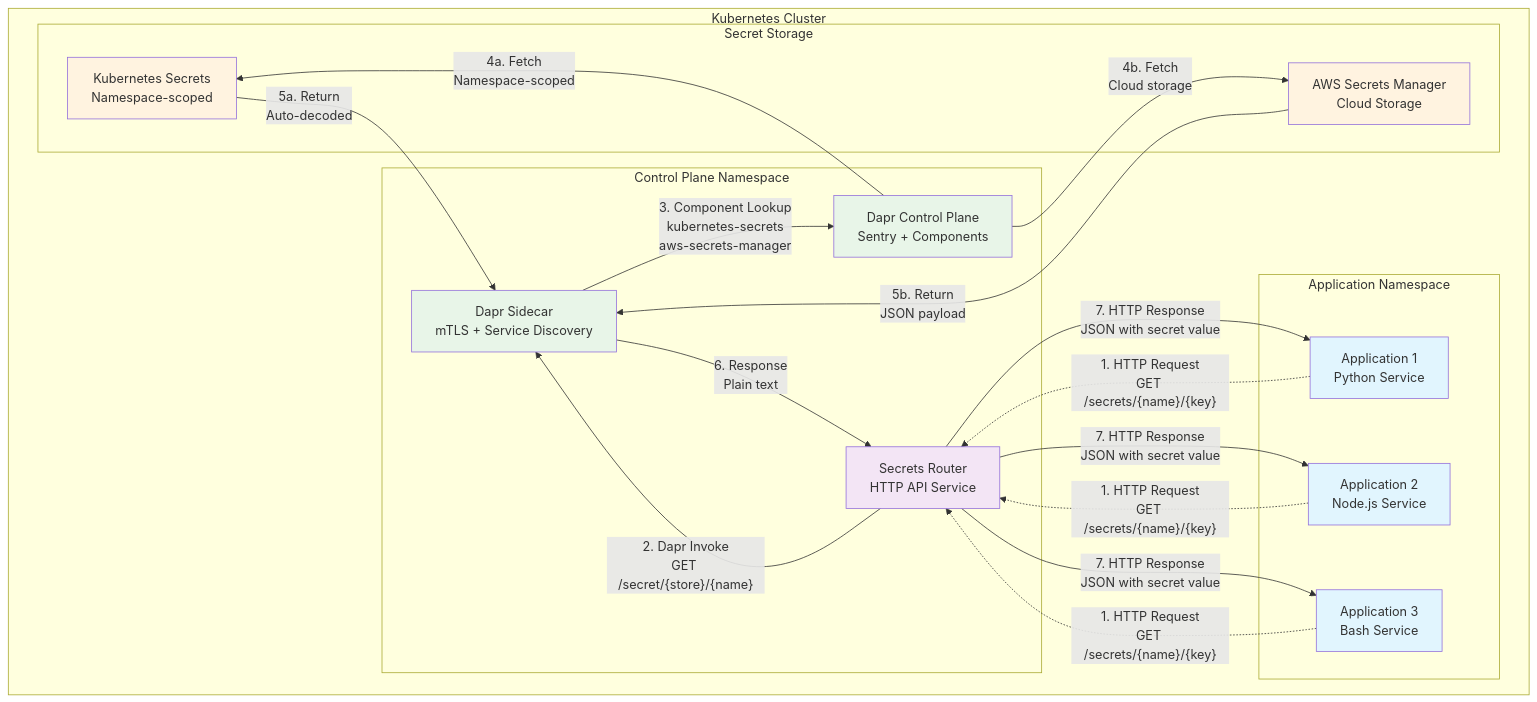
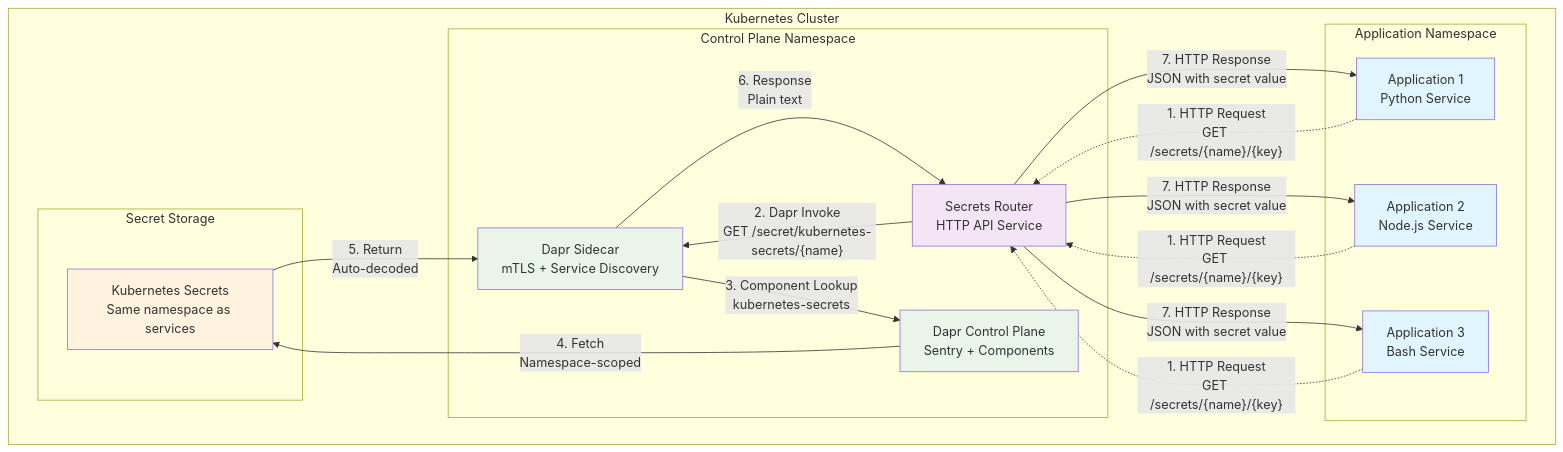
One commit to caretak3r/secrets-router changed the diagram in README.md. Above: the diagram before and after it, drawn with Mermaid. The commit also changed other lines of this file and 3 other files, not shown here.

````diff
--- a/README.md
+++ b/README.md
@@ -9,49 +9,46 @@
 ```mermaid
 graph TB
     subgraph "Kubernetes Cluster"
         subgraph "Application Namespace"
             App1[Application 1<br/>Python Service]
             App2[Application 2<br/>Node.js Service]
             App3[Application 3<br/>Bash Service]
         end
         
         subgraph "Control Plane Namespace"
             SR[Secrets Router<br/>HTTP API Service]
             DS[Dapr Sidecar<br/>mTLS + Service Discovery]
             DC[Dapr Control Plane<br/>Sentry + Components]
         end
         
         subgraph "Secret Storage"
-            K8S[Kubernetes Secrets<br/>Namespace-scoped]
-            AWS[AWS Secrets Manager<br/>Cloud Storage]
+            K8S[Kubernetes Secrets<br/>Same namespace as services]
         end
     end
     
     classDef app fill:#e1f5fe
     classDef router fill:#f3e5f5
     classDef dapr fill:#e8f5e8
     classDef storage fill:#fff3e0
     
     class App1,App2,App3 app
     class SR router
     class DS,DC dapr
-    class K8S,AWS storage
+    class K8S storage
     
     App1 -.->|"1. HTTP Request<br/>GET /secrets/{name}/{key}"| SR
     App2 -.->|"1. HTTP Request<br/>GET /secrets/{name}/{key}"| SR  
     App3 -.->|"1. HTTP Request<br/>GET /secrets/{name}/{key}"| SR
     
-    SR -->|"2. Dapr Invoke<br/>GET /secret/{store}/{name}"| DS
-    DS -->|"3. Component Lookup<br/>kubernetes-secrets<br/>aws-secrets-manager"| DC
+    SR -->|"2. Dapr Invoke<br/>GET /secret/kubernetes-secrets/{name}"| DS
+    DS -->|"3. Component Lookup<br/>kubernetes-secrets"| DC
     
-    DC -->|"4a. Fetch<br/>Namespace-scoped"| K8S
-    DC -->|"4b. Fetch<br/>Cloud storage"| AWS
+    DC -->|"4. Fetch<br/>Namespace-scoped"| K8S
     
-    K8S -->|"5a. Return<br/>Auto-decoded"| DS
-    AWS -->|"5b. Return<br/>JSON payload"| DS
+    K8S -->|"5. Return<br/>Auto-decoded"| DS
     
     DS -->|"6. Response<br/>Plain text"| SR
     SR -->|"7. HTTP Response<br/>JSON with secret value"| App1
     SR -->|"7. HTTP Response<br/>JSON with secret value"| App2
     SR -->|"7. HTTP Response<br/>JSON with secret value"| App3
 ```
````
